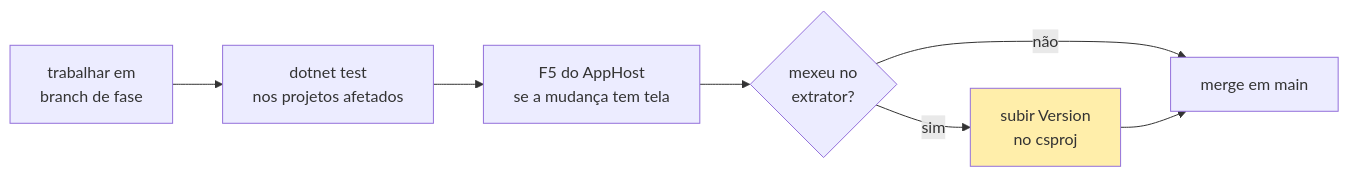
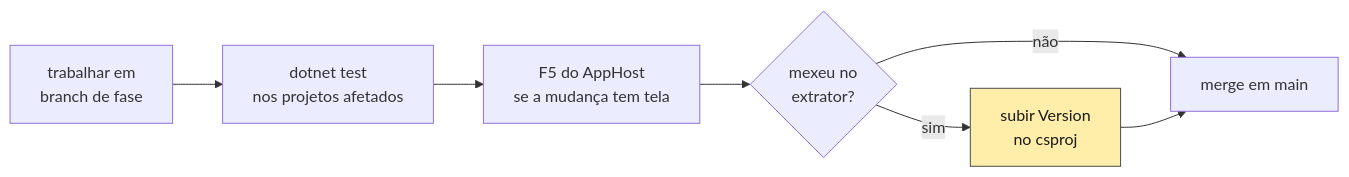
One commit to procfit/MLDemandForcastPOC changed the third of 9 diagrams in Docs/fluxo-de-entrega.md. Above: the diagram before and after it, drawn with Mermaid. The commit also changed other lines of this file, not shown here.

First line of the commit message:
fix(docs): pin label color on the styled diagram nodes

````diff
--- a/Docs/fluxo-de-entrega.md
+++ b/Docs/fluxo-de-entrega.md
@@ -90,10 +90,10 @@
 ```mermaid
 flowchart LR
     W["trabalhar em<br/>branch de fase"] --> T["dotnet test<br/>nos projetos afetados"]
     T --> F5["F5 do AppHost<br/>se a mudança tem tela"]
     F5 --> V{"mexeu no<br/>extrator?"}
     V -->|sim| B["subir Version<br/>no csproj"]
     V -->|não| M["merge em main"]
     B --> M
-    style B fill:#fea
+    style B fill:#fea,stroke:#4a4a4a,color:#1a1a1a
 ```
````
